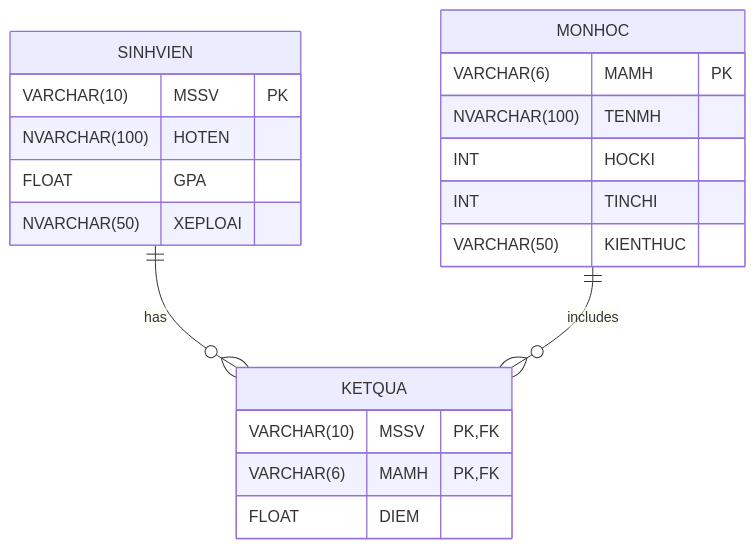
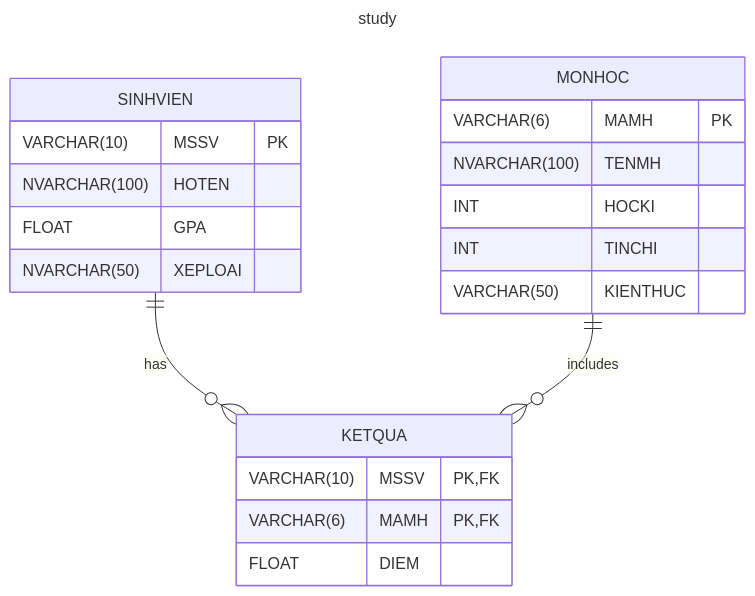
One commit to Bancie/LearningDB changed the diagram in study/README.md. Above: the diagram before and after it, drawn with Mermaid. The commit also changed other lines of this file and 1 other file, not shown here.

````diff
--- a/study/README.md
+++ b/study/README.md
@@ -4,26 +2,29 @@
 ```mermaid
+---
+title: study
+---
 erDiagram
     MONHOC {
         VARCHAR(6) MAMH PK
         NVARCHAR(100) TENMH
         INT HOCKI
         INT TINCHI
         VARCHAR(50) KIENTHUC
     }
 
     SINHVIEN {
         VARCHAR(10) MSSV PK
         NVARCHAR(100) HOTEN
         FLOAT GPA
         NVARCHAR(50) XEPLOAI
     }
 
     KETQUA {
         VARCHAR(10) MSSV PK, FK
         VARCHAR(6) MAMH PK, FK
         FLOAT DIEM
     }
 
     SINHVIEN ||--o{ KETQUA : has
     MONHOC   ||--o{ KETQUA : includes
 ```
````
